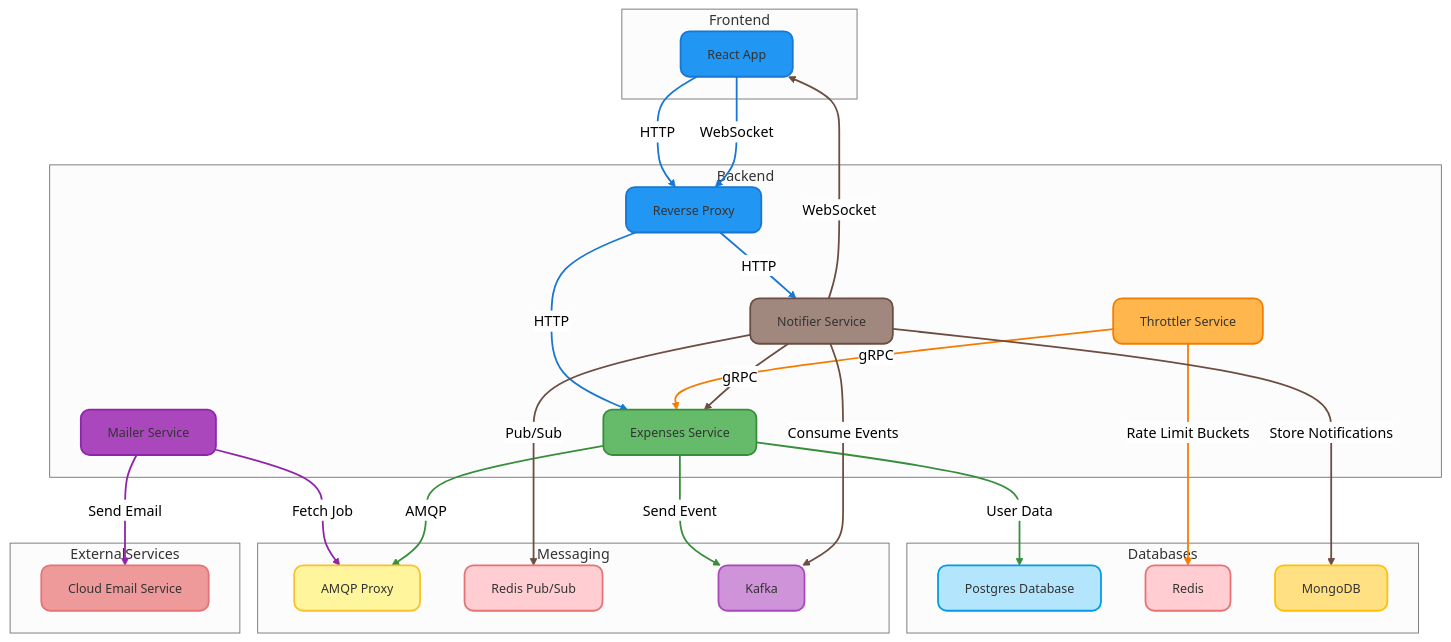
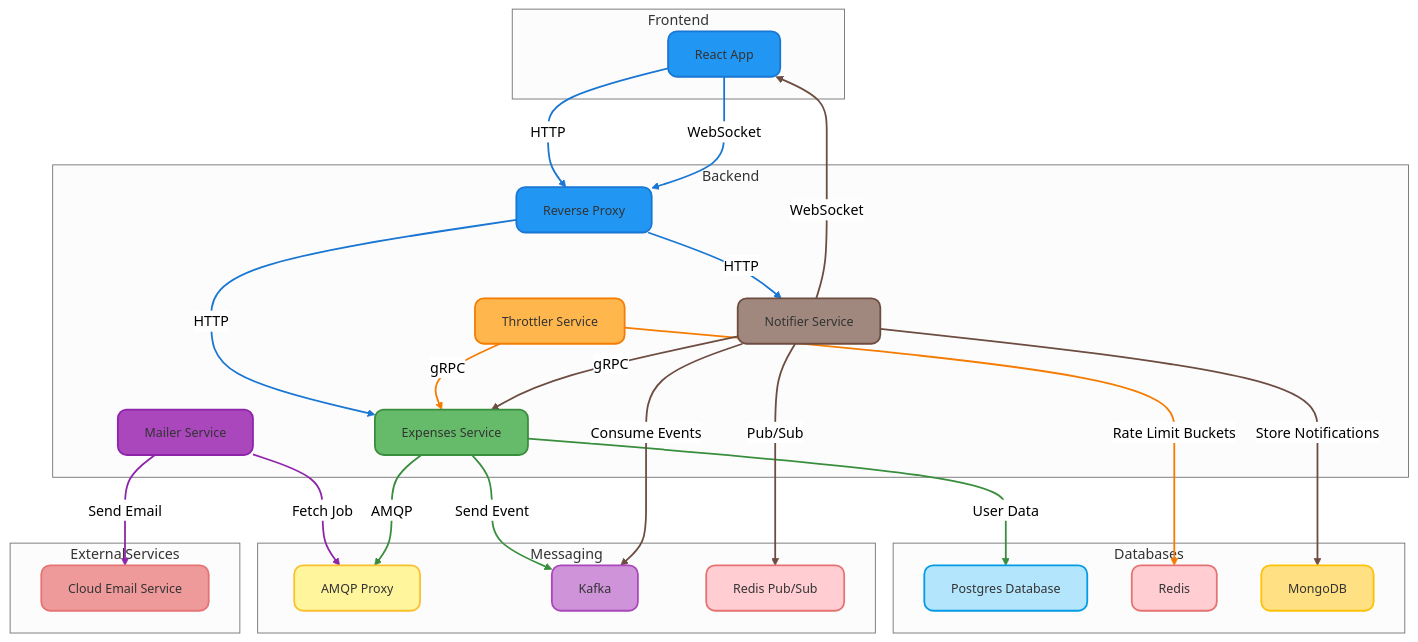
One commit to hasAnybodySeenHarry/expenses changed the diagram in README.md. Above: the diagram before and after it, drawn with Mermaid (neutral theme). The commit also changed other lines of this file, not shown here.

````diff
--- a/README.md
+++ b/README.md
@@ -7,80 +7,80 @@
 ```mermaid
 graph TD
     style ReactApp fill:#2196F3,stroke:#1976D2,stroke-width:2px,color:#333,font-size:14px,rx:10,ry:10
     style ReverseProxy fill:#2196F3,stroke:#1976D2,stroke-width:2px,color:#333,font-size:14px,rx:10,ry:10
     style Expenses fill:#66BB6A,stroke:#388E3C,stroke-width:2px,color:#333,font-size:14px,rx:10,ry:10
     style Throttler fill:#FFB74D,stroke:#F57C00,stroke-width:2px,color:#333,font-size:14px,rx:10,ry:10
     style Mailer fill:#AB47BC,stroke:#8E24AA,stroke-width:2px,color:#333,font-size:14px,rx:10,ry:10
     style Notifier fill:#A1887F,stroke:#6D4C41,stroke-width:2px,color:#333,font-size:14px,rx:10,ry:10
     style Postgres fill:#B3E5FC,stroke:#039BE5,stroke-width:2px,color:#333,font-size:14px,rx:10,ry:10
     style Redis fill:#FFCDD2,stroke:#E57373,stroke-width:2px,color:#333,font-size:14px,rx:10,ry:10
     style MongoDB fill:#FFE082,stroke:#FFC107,stroke-width:2px,color:#333,font-size:14px,rx:10,ry:10
     style AMQP fill:#FFF59D,stroke:#FBC02D,stroke-width:2px,color:#333,font-size:14px,rx:10,ry:10
+    style Kafka fill:#CE93D8,stroke:#AB47BC,stroke-width:2px,color:#333,font-size:14px,rx:10,ry:10
     style RedisPubSub fill:#FFCDD2,stroke:#E57373,stroke-width:2px,color:#333,font-size:14px,rx:10,ry:10
-    style Kafka fill:#CE93D8,stroke:#AB47BC,stroke-width:2px,color:#333,font-size:14px,rx:10,ry:10
     style CloudEmail fill:#EF9A9A,stroke:#E57373,stroke-width:2px,color:#333,font-size:14px,rx:10,ry:10
 
     subgraph Frontend
         ReactApp[React App]
     end
 
     subgraph Backend
         ReverseProxy[Reverse Proxy]
         Expenses[Expenses Service]
         Throttler[Throttler Service]
         Mailer[Mailer Service]
         Notifier[Notifier Service]
     end
 
     subgraph Databases
         Postgres[Postgres Database]
         Redis[Redis]
         MongoDB[MongoDB]
     end
 
     subgraph Messaging
         Kafka[Kafka]
         RedisPubSub[Redis Pub/Sub]
         AMQP[AMQP Proxy]
     end
 
     subgraph ExternalServices
         CloudEmail[Cloud Email Service]
     end
 
     %% Define connections with labels and directions
     ReactApp -- HTTP --> ReverseProxy
     ReverseProxy -- HTTP --> Expenses
     Expenses -- User Data --> Postgres
     Throttler -- gRPC --> Expenses
     Throttler -- Rate Limit Buckets --> Redis
     Mailer -- Fetch Job --> AMQP
     Expenses -- AMQP --> AMQP
     Mailer -- Send Email --> CloudEmail
     Expenses -- Send Event --> Kafka
     Notifier -- Consume Events --> Kafka
     Notifier -- Store Notifications --> MongoDB
     Notifier -- Pub/Sub --> RedisPubSub
     ReactApp -- WebSocket --> ReverseProxy
     ReverseProxy -- HTTP --> Notifier
     Notifier -- gRPC --> Expenses
     Notifier -- WebSocket --> ReactApp
 
     %% Style links
     linkStyle 0 stroke:#1976D2,stroke-width:2px
     linkStyle 1 stroke:#1976D2,stroke-width:2px
     linkStyle 2 stroke:#388E3C,stroke-width:2px
     linkStyle 3 stroke:#F57C00,stroke-width:2px
     linkStyle 4 stroke:#F57C00,stroke-width:2px
     linkStyle 5 stroke:#8E24AA,stroke-width:2px
     linkStyle 6 stroke:#388E3C,stroke-width:2px
     linkStyle 7 stroke:#8E24AA,stroke-width:2px
     linkStyle 8 stroke:#388E3C,stroke-width:2px
     linkStyle 9 stroke:#6D4C41,stroke-width:2px
     linkStyle 10 stroke:#6D4C41,stroke-width:2px
     linkStyle 11 stroke:#6D4C41,stroke-width:2px
     linkStyle 12 stroke:#1976D2,stroke-width:2px
     linkStyle 13 stroke:#1976D2,stroke-width:2px
     linkStyle 14 stroke:#6D4C41,stroke-width:2px
     linkStyle 15 stroke:#6D4C41,stroke-width:2px
 ```
````
